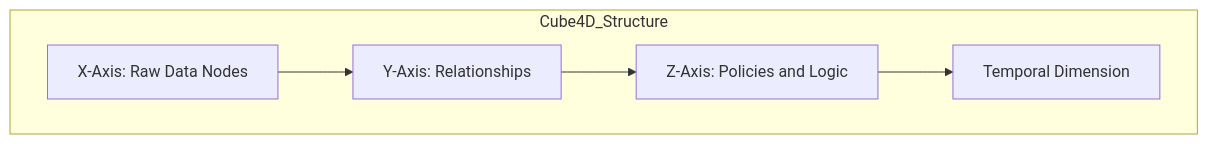
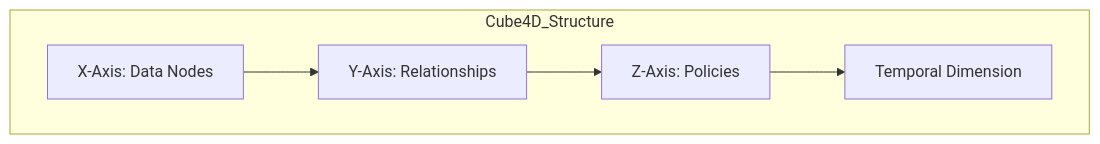
Before and after one commit to TheGuyFromTheApprentice/ActiveGraphNetworks: the third of 6 diagrams in 02_whitepaper.md, drawn with Mermaid. The commit also changed other lines of this file, not shown here.

````diff
--- a/02_whitepaper.md
+++ b/02_whitepaper.md
@@ -111,12 +188,12 @@
 ```mermaid
 graph TD
     subgraph Cube4D_Structure
-        X["X-Axis: Raw Data Nodes"]
+        X["X-Axis: Data Nodes"]
         Y["Y-Axis: Relationships"]
-        Z["Z-Axis: Policies and Logic"]
+        Z["Z-Axis: Policies"]
         T["Temporal Dimension"]
     end
     X --> Y
     Y --> Z
     Z --> T
 ```
````
